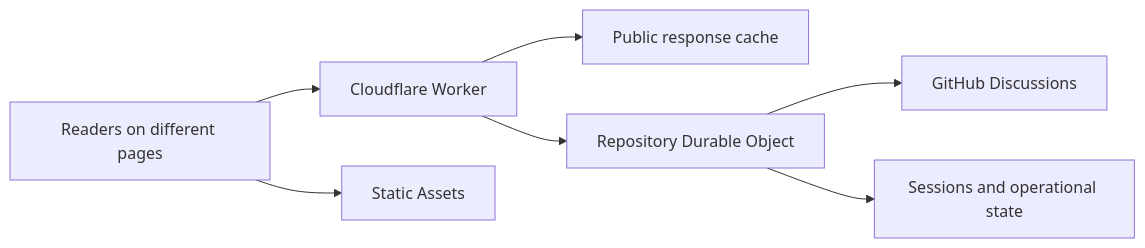
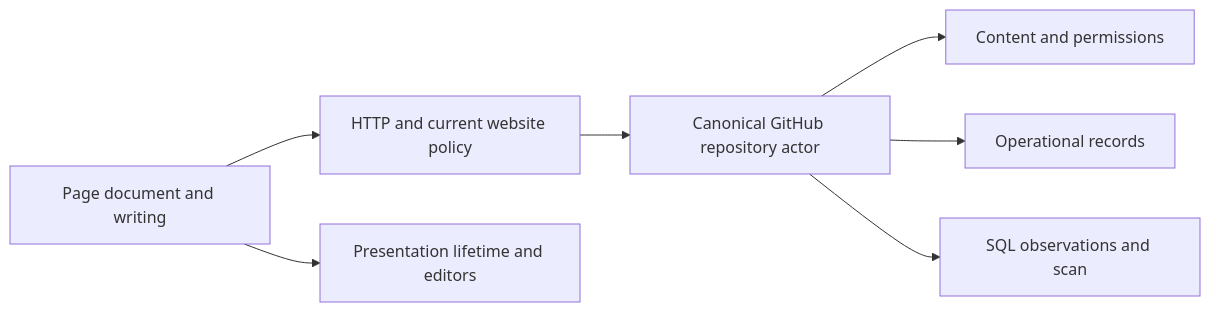
The diagram in docs/DESIGN.md (lumirth/giscusflare), drawn with Mermaid before and after one commit. The commit also changed other lines of this file and 141 other files, not shown here.

````diff
--- a/docs/DESIGN.md
+++ b/docs/DESIGN.md
@@ -5,9 +5,9 @@
 ```mermaid
 flowchart LR
-  Readers[Readers on different pages] --> Worker[Cloudflare Worker]
-  Readers --> Assets[Static Assets]
-  Worker --> Cache[Public response cache]
-  Worker --> Repository[Repository Durable Object]
-  Repository --> GitHub[GitHub Discussions]
-  Repository --> SQLite[Sessions and operational state]
+  Page[Page document and writing] --> Worker[HTTP and current website policy]
+  Worker --> Actor[Canonical GitHub repository actor]
+  Actor --> GitHub[Content and permissions]
+  Actor --> Records[Operational records]
+  Actor --> Ranking[SQL observations and scan]
+  Page --> View[Presentation lifetime and editors]
 ```
````
